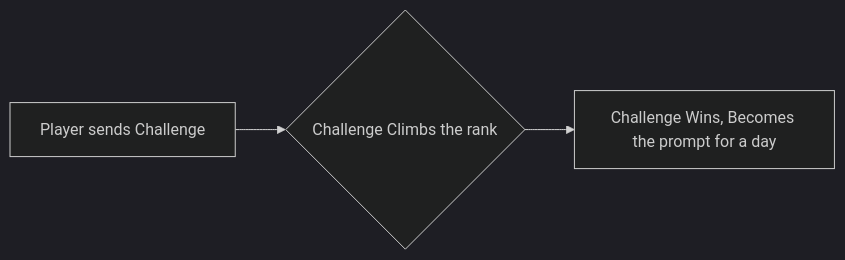
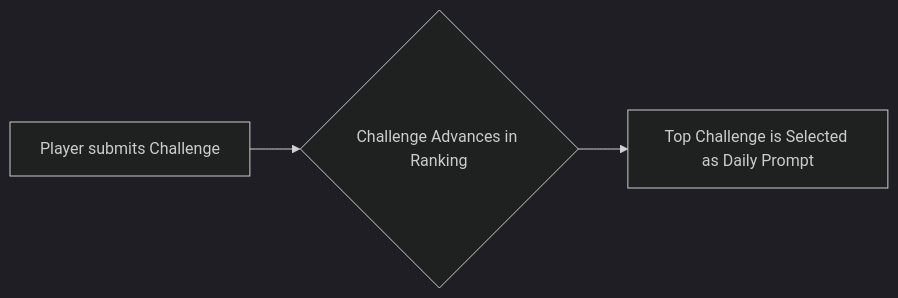
The second of 6 diagrams in README.md (OnChainSurvivor/OnChainSurvivor), drawn with Mermaid (dark theme) before and after one commit. The commit also changed other lines of this file, not shown here.

````diff
--- a/README.md
+++ b/README.md
@@ -23,5 +20,5 @@
 ```mermaid
 flowchart LR
-    X[Player sends Challenge] --> Y{Challenge Climbs the rank}
-    Y --> Z[Challenge Wins, Becomes the prompt for a day]
+    X[Player submits Challenge] --> Y{Challenge Advances in Ranking}
+    Y --> Z[Top Challenge is Selected as Daily Prompt]
 ```
````
